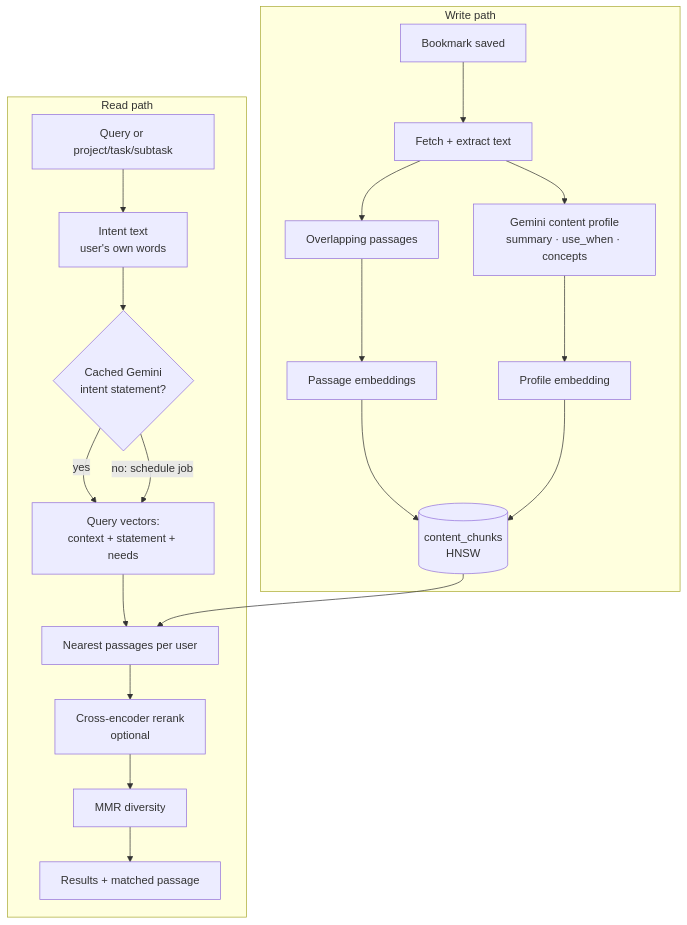
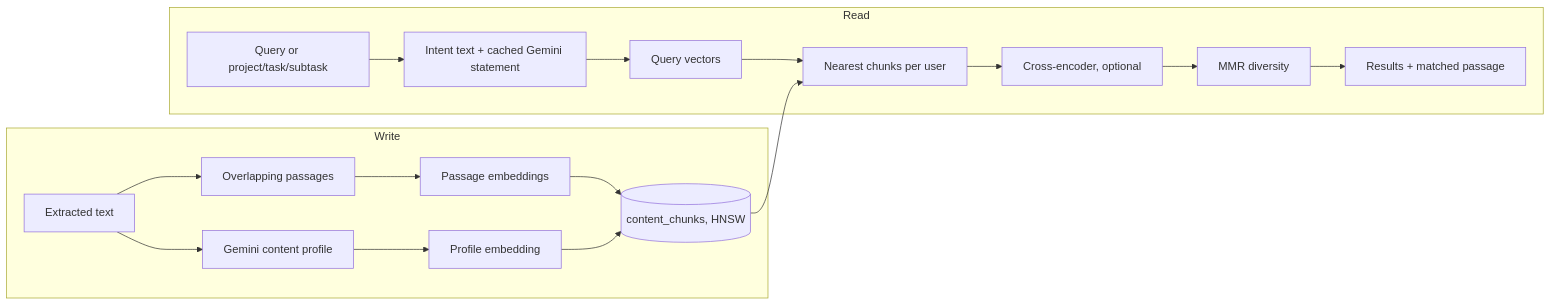
The fifth of 6 diagrams in docs/ARCHITECTURE.md (Ujjwaljain16/Fuze), drawn with Mermaid before and after one commit. The commit also changed other lines of this file and 12 other files, not shown here.

Commit message:
docs: rewrite architecture, optimizations and user flows to match the code; replace the finished intent-engine plan with a recommendations guide and one decision record

````diff
--- a/docs/ARCHITECTURE.md
+++ b/docs/ARCHITECTURE.md
@@ -1006,23 +284,14 @@
 ```mermaid
-graph TB
-    subgraph Write path
-        Save[Bookmark saved] --> Acquire[Fetch + extract text]
-        Acquire --> Chunk[Overlapping passages]
-        Chunk --> PEmb[Passage embeddings]
-        Acquire --> Profile[Gemini content profile<br/>summary · use_when · concepts]
-        Profile --> ProfEmb[Profile embedding]
-        PEmb --> Chunks[(content_chunks<br/>HNSW)]
-        ProfEmb --> Chunks
+graph LR
+    subgraph Write
+        Text[Extracted text] --> Chunks[Overlapping passages] --> PEmb[Passage embeddings]
+        Text --> Profile[Gemini content profile] --> ProfEmb[Profile embedding]
+        PEmb --> CC[(content_chunks, HNSW)]
+        ProfEmb --> CC
     end
-    subgraph Read path
-        Req[Query or project/task/subtask] --> Ctx[Intent text<br/>user's own words]
-        Ctx --> Stmt{Cached Gemini<br/>intent statement?}
-        Stmt -->|yes| Multi[Query vectors:<br/>context + statement + needs]
-        Stmt -->|no: schedule job| Multi
-        Multi --> ANN[Nearest passages per user]
-        Chunks --> ANN
-        ANN --> Rerank[Cross-encoder rerank<br/>optional]
-        Rerank --> MMR[MMR diversity]
-        MMR --> Out[Results + matched passage]
+    subgraph Read
+        Ctx[Query or project/task/subtask] --> Intent[Intent text + cached Gemini statement]
+        Intent --> Vec[Query vectors] --> ANN[Nearest chunks per user]
+        CC --> ANN --> Rerank[Cross-encoder, optional] --> MMR[MMR diversity] --> Out[Results + matched passage]
     end
 ```
````
